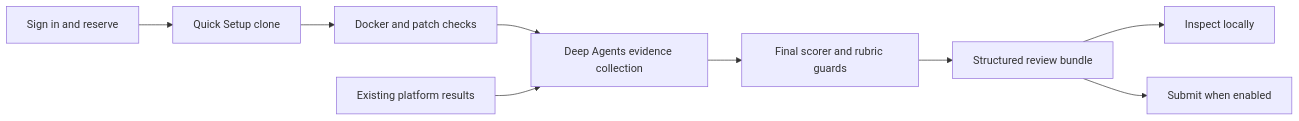
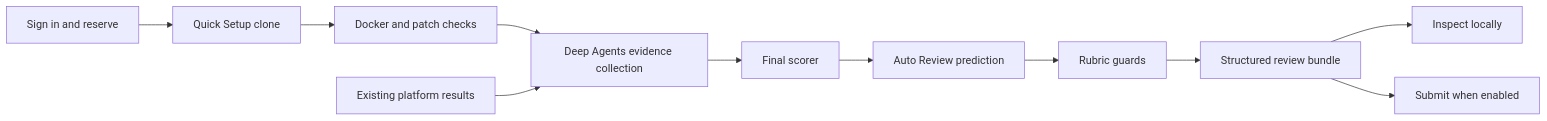
The diagram in README.md (vaishcodescape/shipd-agent), drawn with Mermaid before and after one commit. The commit also changed other lines of this file and 35 other files, not shown here.

First line of the commit message:
Apply the Olympus agent-run bar and predict Shipd Auto Review (#10)

````diff
--- a/README.md
+++ b/README.md
@@ -139,11 +142,13 @@
 ```mermaid
 flowchart LR
     A[Sign in and reserve] --> B[Quick Setup clone]
     B --> C[Docker and patch checks]
     C --> D[Deep Agents evidence collection]
     E[Existing platform results] --> D
-    D --> I[Final scorer and rubric guards]
-    I --> F[Structured review bundle]
+    D --> I[Final scorer]
+    I --> J[Auto Review prediction]
+    J --> K[Rubric guards]
+    K --> F[Structured review bundle]
     F --> G[Inspect locally]
     F --> H[Submit when enabled]
 ```
````
